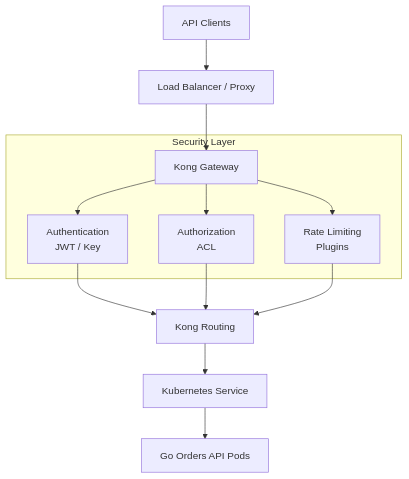
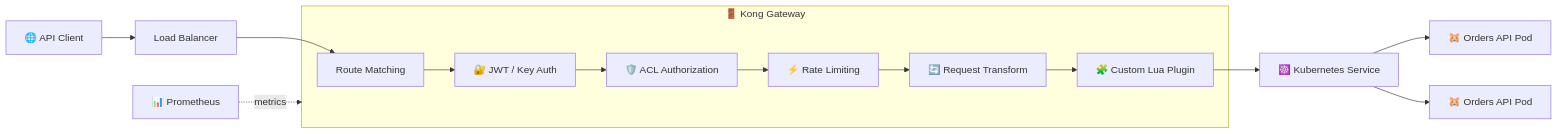
One commit to merazsheikh/kong-kubernetes-lab changed the first of 12 diagrams in README.md. Above: the diagram before and after it, drawn with Mermaid. The commit also changed other lines of this file, not shown here.

````diff
--- a/README.md
+++ b/README.md
@@ -11,15 +100,28 @@
 ```mermaid
-flowchart TD
-    Client[API Clients] --> LB[Load Balancer / Proxy]
-    LB --> Kong[Kong Gateway]
-    
-    subgraph Security Layer
-        Kong --> Auth[Authentication<br/>JWT / Key]
-        Kong --> ACL[Authorization<br/>ACL]
-        Kong --> Rate[Rate Limiting<br/>Plugins]
+flowchart LR
+    Client["🌐 API Client"] --> LB["Load Balancer"]
+
+    LB --> Route
+
+    subgraph Kong["🚪 Kong Gateway"]
+        Route["Route Matching"]
+        JWT["🔐 JWT / Key Auth"]
+        ACL["🛡️ ACL Authorization"]
+        Rate["⚡ Rate Limiting"]
+        Transform["🔄 Request Transform"]
+        Plugin["🧩 Custom Lua Plugin"]
+
+        Route --> JWT
+        JWT --> ACL
+        ACL --> Rate
+        Rate --> Transform
+        Transform --> Plugin
     end
-    
-    Auth & ACL & Rate --> Routing[Kong Routing]
-    Routing --> K8s[Kubernetes Service]
-    K8s --> Pods[Go Orders API Pods]
+
+    Plugin --> Service["☸️ Kubernetes Service"]
+
+    Service --> API1["🐹 Orders API Pod"]
+    Service --> API2["🐹 Orders API Pod"]
+
+    Prom["📊 Prometheus"] -. "metrics" .-> Kong
 ```
````
